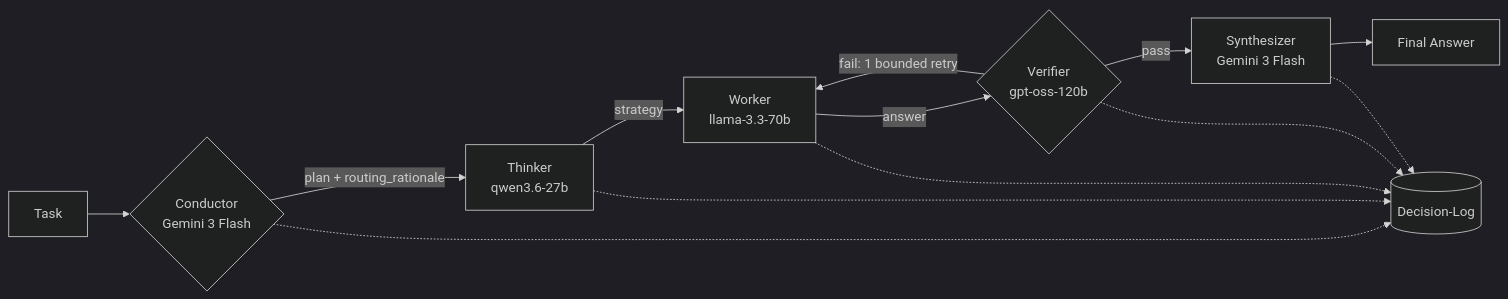
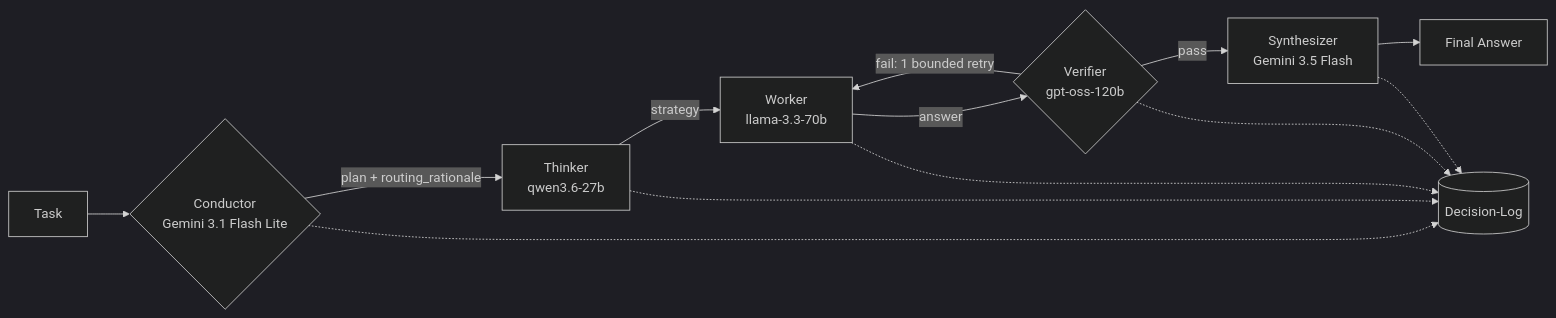
The diagram in README.md (Harshith29124/Maestro), drawn with Mermaid (dark theme) before and after one commit. The commit also changed other lines of this file and 4 other files, not shown here.

First line of the commit message:
Switch Gemini models + stop the conductor cutting corners

````diff
--- a/README.md
+++ b/README.md
@@ -26,15 +26,15 @@
 ```mermaid
 flowchart LR
-    T[Task] --> C{Conductor<br/>Gemini 3 Flash}
+    T[Task] --> C{Conductor<br/>Gemini 3.1 Flash Lite}
     C -->|plan + routing_rationale| TH[Thinker<br/>qwen3.6-27b]
     TH -->|strategy| W[Worker<br/>llama-3.3-70b]
     W -->|answer| V{Verifier<br/>gpt-oss-120b}
-    V -->|pass| S[Synthesizer<br/>Gemini 3 Flash]
+    V -->|pass| S[Synthesizer<br/>Gemini 3.5 Flash]
     V -->|fail: 1 bounded retry| W
     S --> A[Final Answer]
     C -.-> LOG[(Decision-Log)]
     TH -.-> LOG
     W -.-> LOG
     V -.-> LOG
     S -.-> LOG
 ```
````
